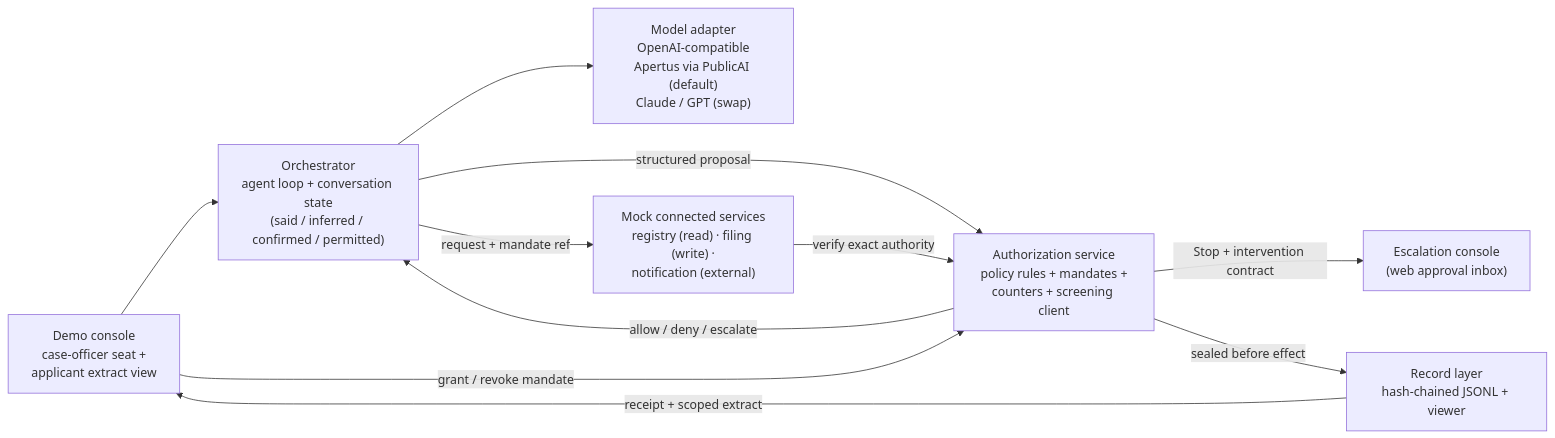
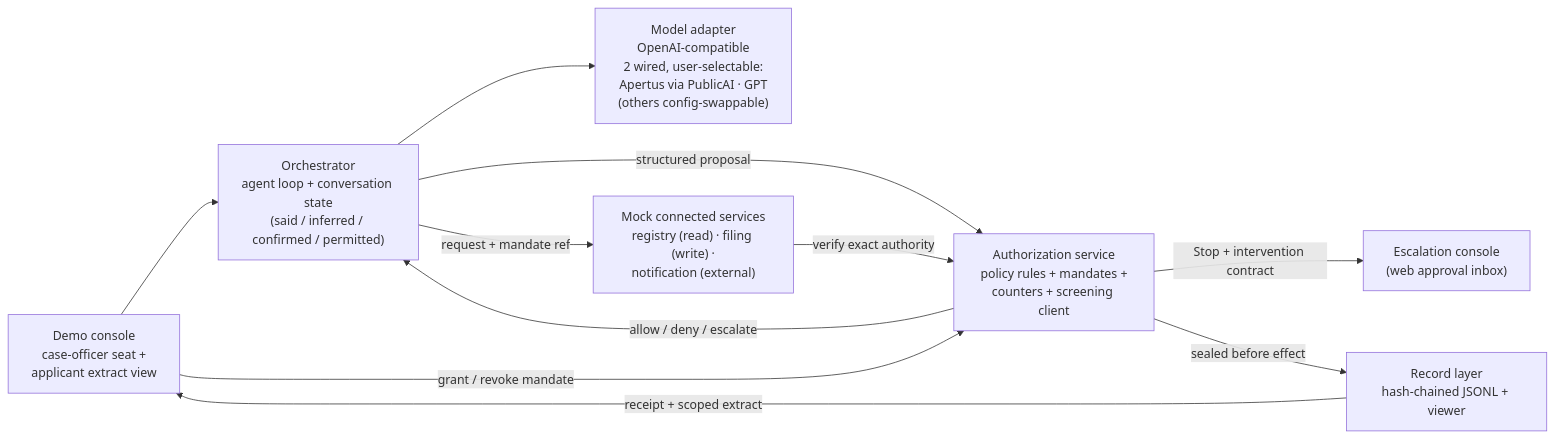
The diagram in docs/wip/runtime-gates-poc-spec.md (robertschaub/our-ai-charter), drawn with Mermaid before and after one commit. The commit also changed other lines of this file and 2 other files, not shown here.

First line of the commit message:
docs(wip): two-model navigation with governed switching in the runtime-gates POC spec

````diff
--- a/docs/wip/runtime-gates-poc-spec.md
+++ b/docs/wip/runtime-gates-poc-spec.md
@@ -43,13 +46,13 @@
 ```mermaid
 flowchart LR
     U["Demo console<br/>case-officer seat +<br/>applicant extract view"] --> O
     U -- "grant / revoke mandate" --> G
-    O["Orchestrator<br/>agent loop + conversation state<br/>(said / inferred / confirmed / permitted)"] --> M["Model adapter<br/>OpenAI-compatible<br/>Apertus via PublicAI (default)<br/>Claude / GPT (swap)"]
+    O["Orchestrator<br/>agent loop + conversation state<br/>(said / inferred / confirmed / permitted)"] --> M["Model adapter<br/>OpenAI-compatible<br/>2 wired, user-selectable:<br/>Apertus via PublicAI · GPT<br/>(others config-swappable)"]
     O -- "structured proposal" --> G["Authorization service<br/>policy rules + mandates +<br/>counters + screening client"]
     G -- "allow / deny / escalate" --> O
     G -- "Stop + intervention contract" --> E["Escalation console<br/>(web approval inbox)"]
     O -- "request + mandate ref" --> S["Mock connected services<br/>registry (read) · filing (write) ·<br/>notification (external)"]
     S -- "verify exact authority" --> G
     G -- "sealed before effect" --> R["Record layer<br/>hash-chained JSONL + viewer"]
     R -- "receipt + scoped extract" --> U
 ```
````
